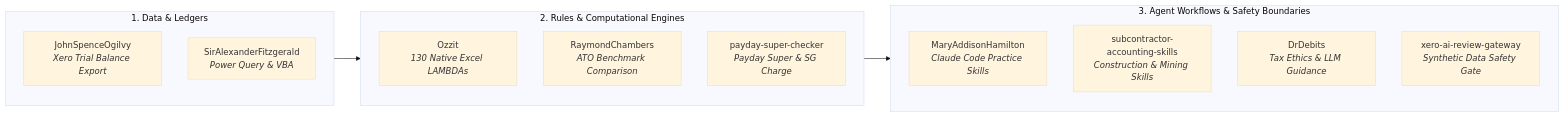
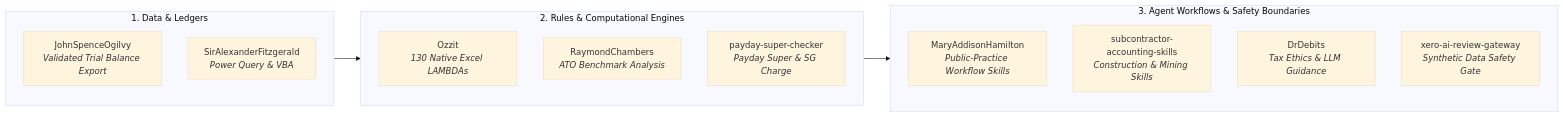
The diagram in README.md (ryanduguid/ryanduguid), drawn with Mermaid (base theme) before and after one commit. The commit also changed other lines of this file and 1 other file, not shown here.

Commit message:
docs: finish repository identity cleanup

````diff
--- a/README.md
+++ b/README.md
@@ -17,25 +17,25 @@
 ```mermaid
 flowchart LR
     subgraph Data ["1. Data & Ledgers"]
         direction TB
-        Xero["JohnSpenceOgilvy<br/><i>Xero Trial Balance Export</i>"]
+        Xero["JohnSpenceOgilvy<br/><i>Validated Trial Balance Export</i>"]
         PQ["SirAlexanderFitzgerald<br/><i>Power Query & VBA</i>"]
     end
 
     subgraph Engines ["2. Rules & Computational Engines"]
         direction TB
         Ozzit["Ozzit<br/><i>130 Native Excel LAMBDAs</i>"]
-        ATO["RaymondChambers<br/><i>ATO Benchmark Comparison</i>"]
+        ATO["RaymondChambers<br/><i>ATO Benchmark Analysis</i>"]
         Super["payday-super-checker<br/><i>Payday Super & SG Charge</i>"]
     end
 
     subgraph AI ["3. Agent Workflows & Safety Boundaries"]
         direction TB
-        MAH["MaryAddisonHamilton<br/><i>Claude Code Practice Skills</i>"]
+        MAH["MaryAddisonHamilton<br/><i>Public-Practice Workflow Skills</i>"]
         SubSkills["subcontractor-accounting-skills<br/><i>Construction & Mining Skills</i>"]
         DrD["DrDebits<br/><i>Tax Ethics & LLM Guidance</i>"]
         Gateway["xero-ai-review-gateway<br/><i>Synthetic Data Safety Gate</i>"]
     end
 
     Data --> Engines --> AI
 ```
````
